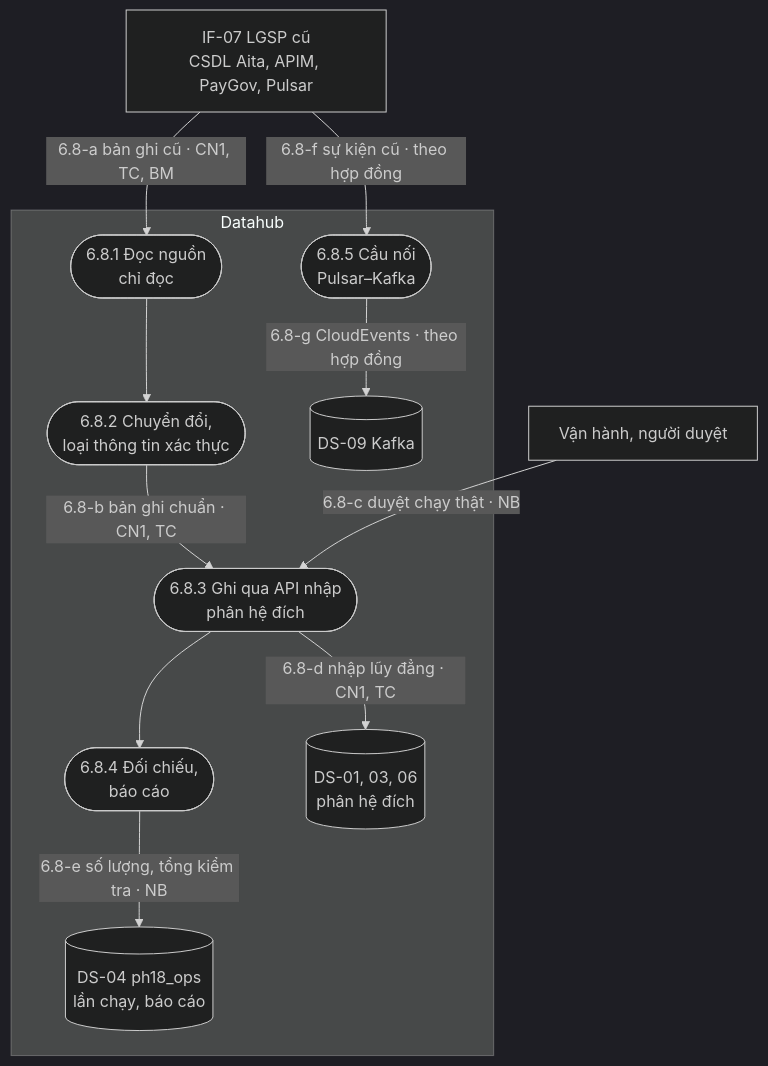
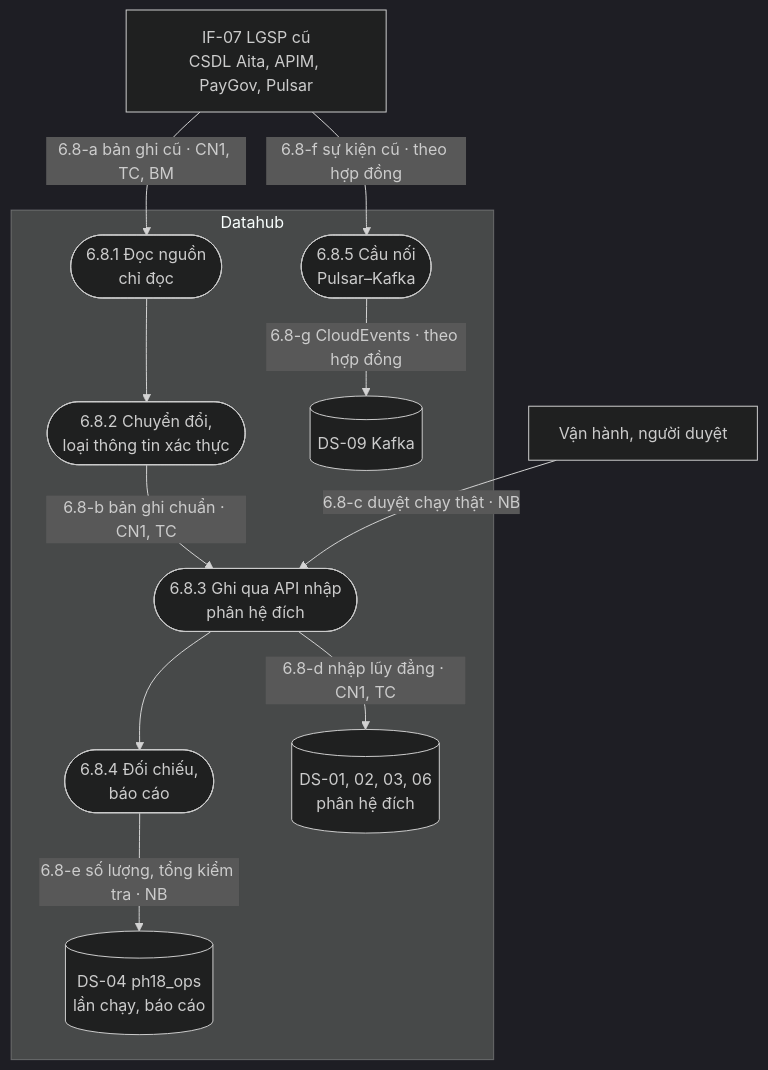
Before and after one commit to caprocute/DATAHUB: diagram 17 of 17 in datahub-docs/02-yeu-cau/D02-06-dfd-phan-loai-du-lieu.md, drawn with Mermaid (dark theme). The commit also changed other lines of this file, not shown here.

````diff
--- a/datahub-docs/02-yeu-cau/D02-06-dfd-phan-loai-du-lieu.md
+++ b/datahub-docs/02-yeu-cau/D02-06-dfd-phan-loai-du-lieu.md
@@ -849,24 +852,24 @@
 ```{.mermaid caption="DFD mức 2 luồng di trú từ hệ LGSP cũ"}
 flowchart TB
   CU["IF-07 LGSP cũ<br/>CSDL Aita, APIM, PayGov, Pulsar"]
   VH["Vận hành, người duyệt"]
   subgraph DH[Datahub]
     P1(["6.8.1 Đọc nguồn<br/>chỉ đọc"])
     P2(["6.8.2 Chuyển đổi,<br/>loại thông tin xác thực"])
     P3(["6.8.3 Ghi qua API nhập<br/>phân hệ đích"])
     P4(["6.8.4 Đối chiếu,<br/>báo cáo"])
     P5(["6.8.5 Cầu nối<br/>Pulsar–Kafka"])
-    DST[("DS-01, 03, 06<br/>phân hệ đích")]
+    DST[("DS-01, 02, 03, 06<br/>phân hệ đích")]
     OPS[("DS-04 ph18_ops<br/>lần chạy, báo cáo")]
     K[("DS-09 Kafka")]
   end
   CU -->|"6.8-a bản ghi cũ · CN1, TC, BM"| P1
   P1 --> P2
   P2 -->|"6.8-b bản ghi chuẩn · CN1, TC"| P3
   VH -->|"6.8-c duyệt chạy thật · NB"| P3
   P3 -->|"6.8-d nhập lũy đẳng · CN1, TC"| DST
   P3 --> P4
   P4 -->|"6.8-e số lượng, tổng kiểm tra · NB"| OPS
   CU -->|"6.8-f sự kiện cũ · theo hợp đồng"| P5
   P5 -->|"6.8-g CloudEvents · theo hợp đồng"| K
 ```
````
